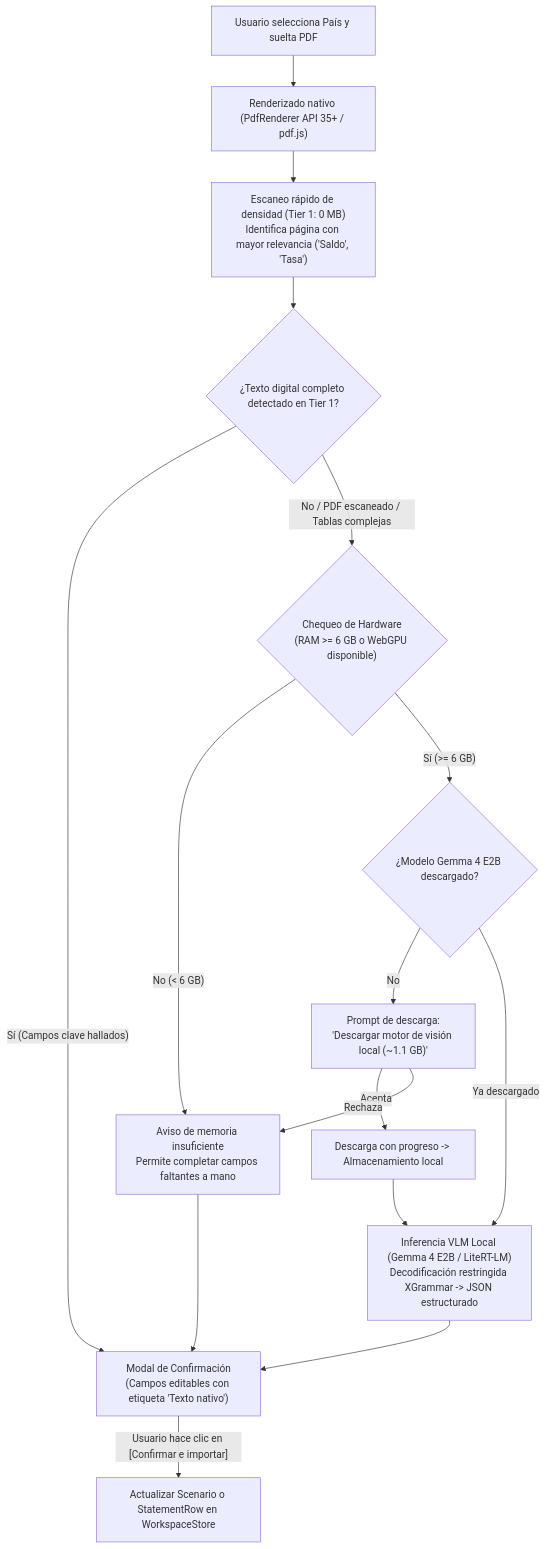
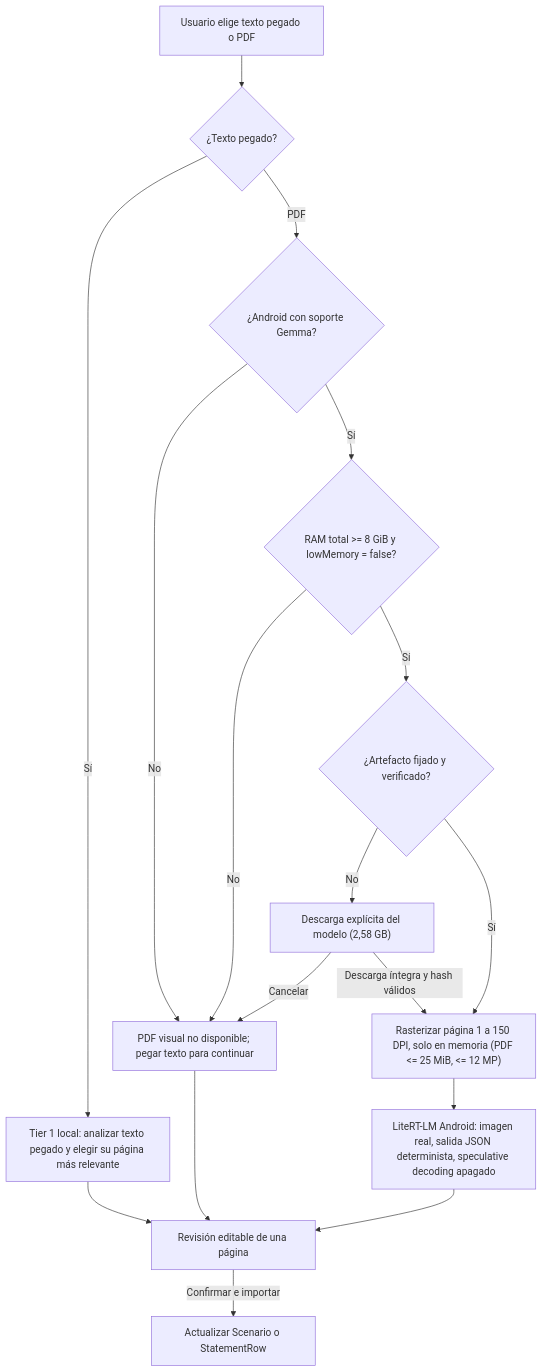
The diagram in docs/specs/HYBRID-DOCUMENT-INGESTION.md (jovillarrealm/finsim), drawn with Mermaid before and after one commit. The commit also changed other lines of this file and 17 other files, not shown here.

Commit message:
feat(ingestion): wire Android Gemma PDF import

````diff
--- a/docs/specs/HYBRID-DOCUMENT-INGESTION.md
+++ b/docs/specs/HYBRID-DOCUMENT-INGESTION.md
@@ -38,25 +38,19 @@
 ```mermaid
 flowchart TD
-    User["Usuario selecciona País y suelta PDF"] --> Render["Renderizado nativo (PdfRenderer API 35+ / pdf.js)"]
-    Render --> PageTriage["Escaneo rápido de densidad (Tier 1: 0 MB)\nIdentifica página con mayor relevancia ('Saldo', 'Tasa')"]
-    
-    PageTriage --> DigitalCheck{"¿Texto digital completo detectado en Tier 1?"}
-    
-    DigitalCheck -- "Sí (Campos clave hallados)" --> ReviewModal["Modal de Confirmación\n(Campos editables con etiqueta 'Texto nativo')"]
-    DigitalCheck -- "No / PDF escaneado / Tablas complejas" --> HardwareCheck{"Chequeo de Hardware\n(RAM >= 6 GB o WebGPU disponible)"}
-    
-    HardwareCheck -- "No (< 6 GB)" --> LowRamNotice["Aviso de memoria insuficiente\nPermite completar campos faltantes a mano"]
-    HardwareCheck -- "Sí (>= 6 GB)" --> ModelCheck{"¿Modelo Gemma 4 E2B descargado?"}
-    
-    ModelCheck -- "No" --> DownloadPrompt["Prompt de descarga:\n'Descargar motor de visión local (~1.1 GB)'"]
-    DownloadPrompt -- "Acepta" --> Download["Descarga con progreso -> Almacenamiento local"]
-    Download --> VLMInference
-    DownloadPrompt -- "Rechaza" --> LowRamNotice
-    
-    ModelCheck -- "Ya descargado" --> VLMInference["Inferencia VLM Local (Gemma 4 E2B / LiteRT-LM)\nDecodificación restringida XGrammar -> JSON estructurado"]
-    
+    User["Usuario elige texto pegado o PDF"] --> TextPath{"¿Texto pegado?"}
+    TextPath -- "Sí" --> Tier1["Tier 1 local: analizar texto pegado y elegir su página más relevante"]
+    Tier1 --> ReviewModal["Revisión editable de una página"]
+    TextPath -- "PDF" --> AndroidCheck{"¿Android con soporte Gemma?"}
+    AndroidCheck -- "No" --> ManualFallback["PDF visual no disponible; pegar texto para continuar"]
+    AndroidCheck -- "Sí" --> HardwareCheck{"RAM total >= 8 GiB y lowMemory = false?"}
+    HardwareCheck -- "No" --> ManualFallback
+    HardwareCheck -- "Sí" --> ModelCheck{"¿Artefacto fijado y verificado?"}
+    ModelCheck -- "No" --> DownloadPrompt["Descarga explícita del modelo (2,58 GB)"]
+    DownloadPrompt -- "Cancelar" --> ManualFallback
+    DownloadPrompt -- "Descarga íntegra y hash válidos" --> Rasterize
+    ModelCheck -- "Sí" --> Rasterize["Rasterizar página 1 a 150 DPI, solo en memoria (PDF <= 25 MiB, <= 12 MP)"]
+    Rasterize --> VLMInference["LiteRT-LM Android: imagen real, salida JSON determinista, speculative decoding apagado"]
     VLMInference --> ReviewModal
-    LowRamNotice --> ReviewModal
-    
-    ReviewModal -- "Usuario hace clic en [Confirmar e importar]" --> Workspace["Actualizar Scenario o StatementRow en WorkspaceStore"]
+    ManualFallback --> ReviewModal
+    ReviewModal -- "Confirmar e importar" --> Workspace["Actualizar Scenario o StatementRow"]
 ```
````
